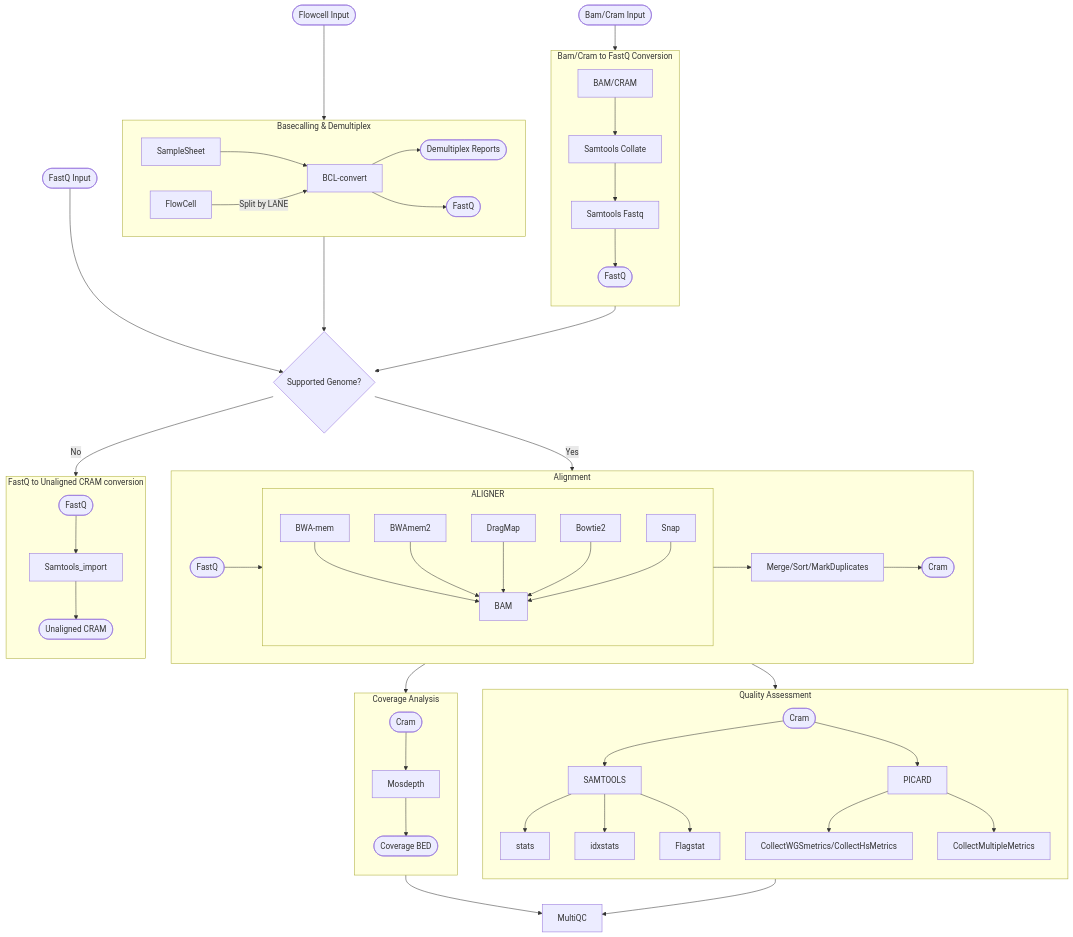
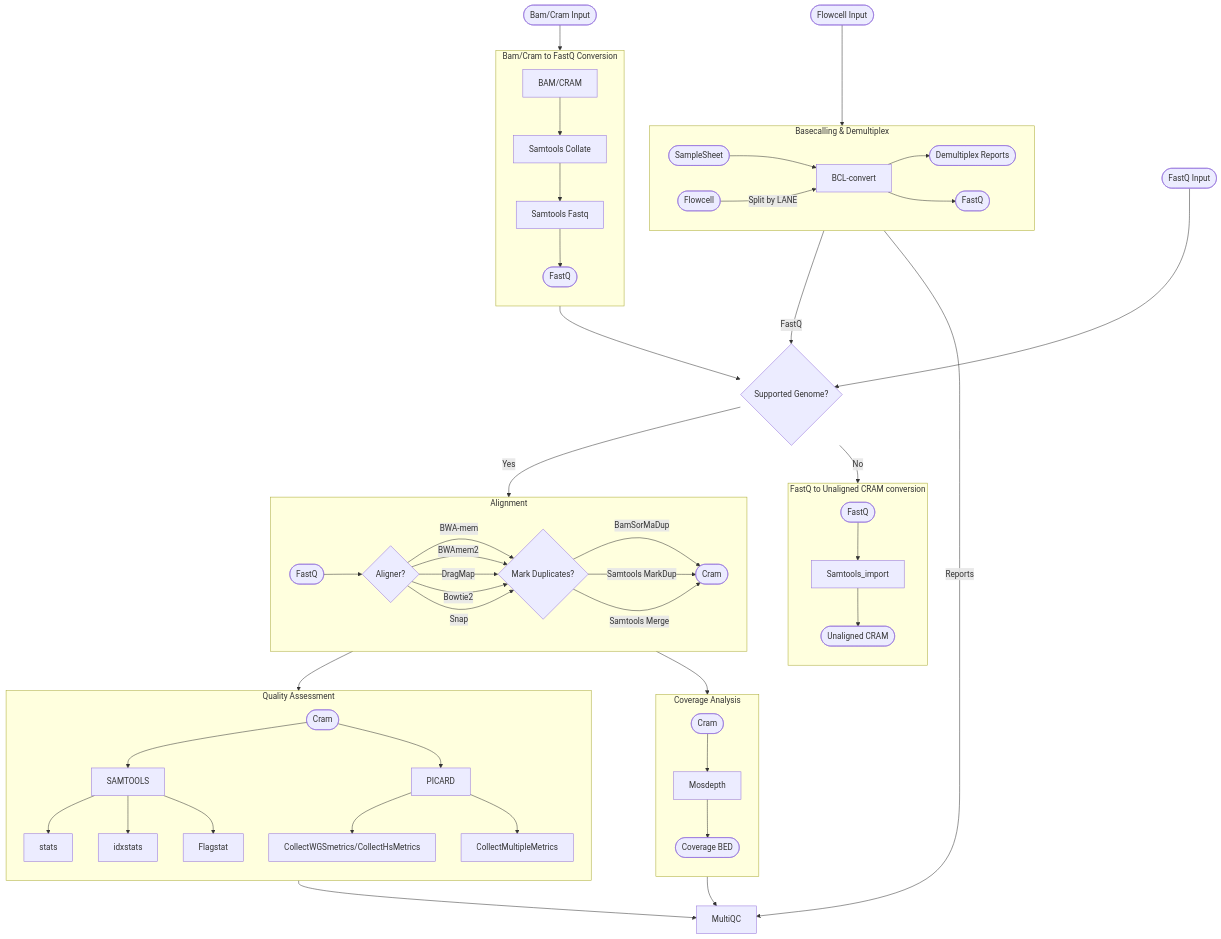
One commit to nf-cmgg/preprocessing changed the diagram in README.md. Above: the diagram before and after it, drawn with Mermaid.

Commit message:
more flowchart updates

````diff
--- a/README.md
+++ b/README.md
@@ -50,63 +50,66 @@
 ```mermaid
 
 flowchart TB
 
 subgraph DEMULTIPLEX[Basecalling & Demultiplex]
     direction LR
-    SampleSheet --> BCL-convert
-    FlowCell    --Split by LANE--> BCL-convert
+    SampleSheet([SampleSheet]) --> BCL-convert
+    FlowCell([Flowcell])    --Split by LANE--> BCL-convert
     BCL-convert --> DEMULTIPLEX_STATS([Demultiplex Reports])
     BCL-convert --> DEMUX_FASTQ([FastQ])
 end
 
 subgraph DEALIGNMENT[Bam/Cram to FastQ Conversion]
   direction TB
   BAM/CRAM --> SAMTOOLS_COLLATE[Samtools Collate] --> SAMTOOLS_FASTQ[Samtools Fastq] --> DEALIGNED_FASTQ([FastQ])
 end
 
 subgraph ALIGNMENT[Alignment]
     direction LR
-    subgraph ALIGNER
-      direction TB
-      BWA-mem --> BAM
-      BWAmem2 --> BAM
-      DragMap --> BAM
-      Bowtie2 --> BAM
-      Snap    --> BAM
-    end
-    FQ_TO_ALIGN([FastQ]) --> ALIGNER
-    ALIGNER --> Merge/Sort/MarkDuplicates --> Cram([Cram])
+
+      FQ_TO_ALIGN([FastQ]) --> Aligner{Aligner?}
+      Aligner{Aligner?} --> |BWA-mem| MarkDup
+      Aligner{Aligner?} --> |BWAmem2| MarkDup
+      Aligner{Aligner?} --> |DragMap| MarkDup
+      Aligner{Aligner?} --> |Bowtie2| MarkDup
+      Aligner{Aligner?} --> |Snap   | MarkDup
+
+      MarkDup{Mark Duplicates?} --> |BamSorMaDup| Cram([Cram])
+      MarkDup{Mark Duplicates?} --> |Samtools MarkDup| Cram([Cram])
+      MarkDup{Mark Duplicates?} --> |Samtools Merge| Cram([Cram])
 end
 
 subgraph FQtoUCRAM[FastQ to Unaligned CRAM conversion]
     direction TB
     FQ_TO_CONVERT([FastQ])
     --> Samtools_import
     --> Unaligned_CRAM([Unaligned CRAM])
 end
 
 subgraph QC[Quality Assessment]
     direction TB
     CRAM_TO_QC([Cram]) --> SAMTOOLS --> stats & idxstats & Flagstat
     CRAM_TO_QC --> PICARD --> CollectWGSmetrics/CollectHsMetrics & CollectMultipleMetrics
 end
 
 subgraph COVERAGE[Coverage Analysis]
     direction TB
     CRAM_TO_COVERAGE([Cram]) --> Mosdepth --> BED([Coverage BED])
 end
 
 FQ_INPUT([FastQ Input]) --> SUPPORTED{Supported Genome?}
 
-FC_INPUT([Flowcell Input]) --> DEMULTIPLEX --> SUPPORTED{Supported Genome?}
+FC_INPUT([Flowcell Input]) --> DEMULTIPLEX
+DEMULTIPLEX -->|FastQ| SUPPORTED{Supported Genome?}
+DEMULTIPLEX -->|Reports| MQC[MultiQC]
 BAMCRAM_INPUT([Bam/Cram Input]) --> DEALIGNMENT --> SUPPORTED{Supported Genome?}
 
 SUPPORTED{Supported Genome?} --> |Yes| ALIGNMENT
 SUPPORTED{Supported Genome?} --> |No| FQtoUCRAM
 
 ALIGNMENT --> QC
 ALIGNMENT --> COVERAGE
 COVERAGE --> MQC[MultiQC]
 QC --> MQC
 
 ```
````
